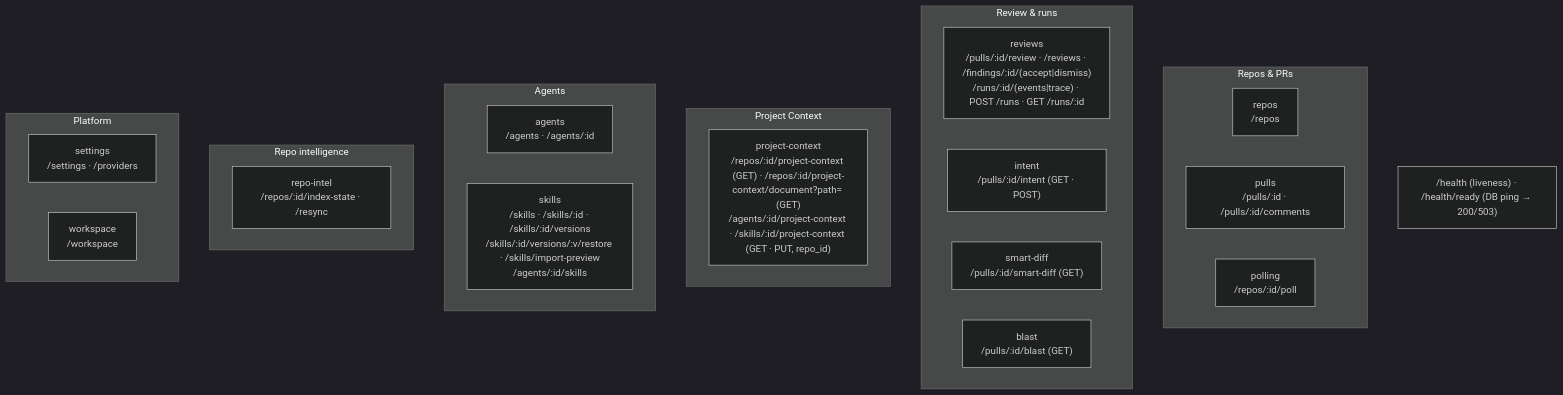
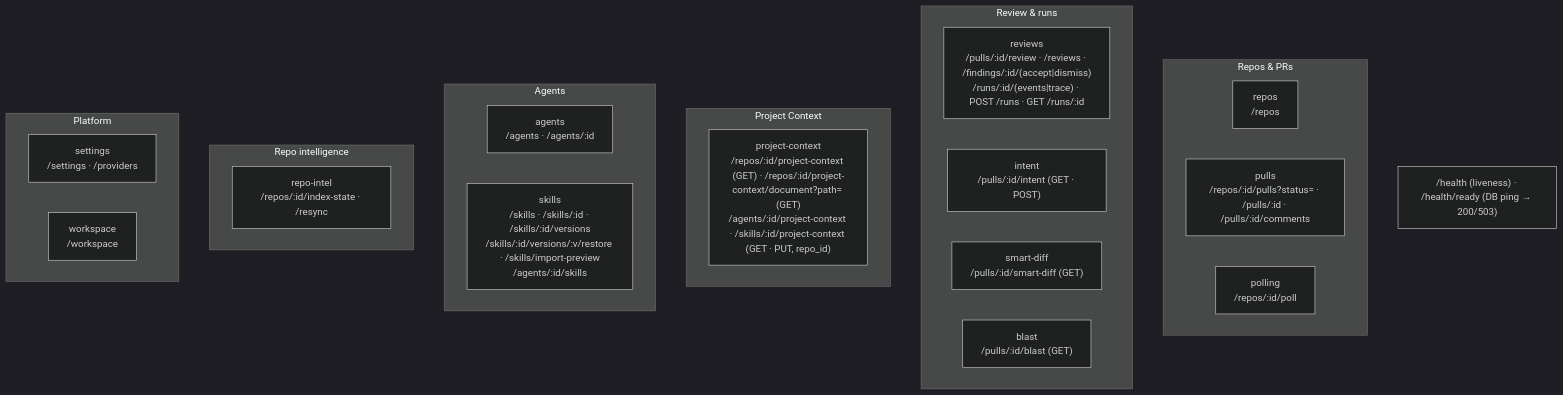
One commit to s-deer/dev-digest changed the second of 2 diagrams in server/README.md. Above: the diagram before and after it, drawn with Mermaid (dark theme). The commit also changed 12 other files, not shown here.

Commit message:
feat(pulls): filter list by review status

````diff
--- a/server/README.md
+++ b/server/README.md
@@ -64,29 +64,29 @@
 ```mermaid
 flowchart TB
   subgraph Repos_PRs["Repos & PRs"]
     repos["repos<br/>/repos"]
-    pulls["pulls<br/>/pulls/:id · /pulls/:id/comments"]
+    pulls["pulls<br/>/repos/:id/pulls?status= · /pulls/:id · /pulls/:id/comments"]
     polling["polling<br/>/repos/:id/poll"]
   end
   subgraph Review["Review & runs"]
     reviews["reviews<br/>/pulls/:id/review · /reviews · /findings/:id/(accept|dismiss)<br/>/runs/:id/(events|trace) · POST /runs · GET /runs/:id"]
     intent["intent<br/>/pulls/:id/intent (GET · POST)"]
     smartDiff["smart-diff<br/>/pulls/:id/smart-diff (GET)"]
     blast["blast<br/>/pulls/:id/blast (GET)"]
   end
   subgraph Context["Project Context"]
     projectContext["project-context<br/>/repos/:id/project-context (GET) · /repos/:id/project-context/document?path= (GET)<br/>/agents/:id/project-context · /skills/:id/project-context (GET · PUT, repo_id)"]
   end
    subgraph Agents["Agents"]
     agents["agents<br/>/agents · /agents/:id"]
     skills["skills<br/>/skills · /skills/:id · /skills/:id/versions<br/>/skills/:id/versions/:v/restore · /skills/import-preview<br/>/agents/:id/skills"]
    end
   subgraph Intel["Repo intelligence"]
     repoIntel["repo-intel<br/>/repos/:id/index-state · /resync"]
   end
   subgraph Platform["Platform"]
     settings["settings<br/>/settings · /providers"]
     workspace["workspace<br/>/workspace"]
   end
   HEALTH["/health (liveness) · /health/ready (DB ping → 200/503)"]
 ```
````
